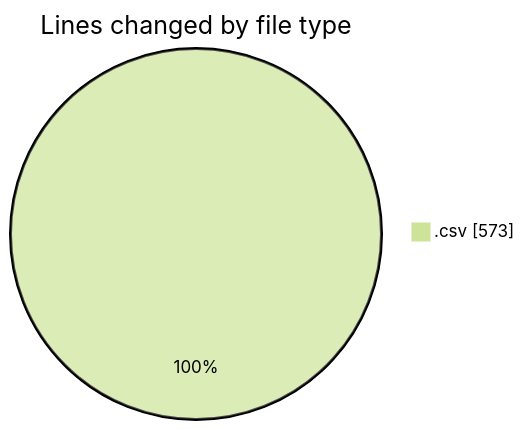
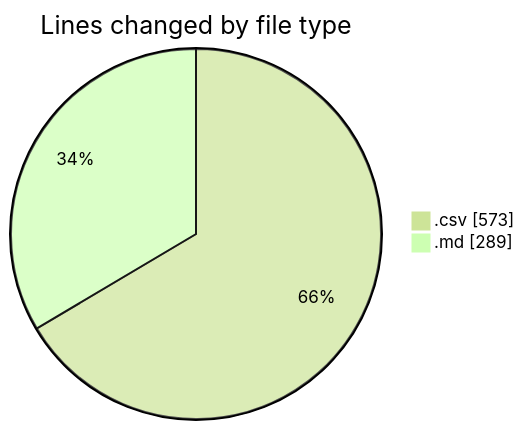
Before and after one commit to EIIisD/code-tracking: the first of 2 diagrams in 2025-08-11/transactions-new/README.md, drawn with Mermaid (forest theme). The commit also changed other lines of this file and 1 other file, not shown here.

````diff
--- a/2025-08-11/transactions-new/README.md
+++ b/2025-08-11/transactions-new/README.md
@@ -23,5 +24,6 @@
 ```mermaid
 pie showData
 title Lines changed by file type
 ".csv" : 573
+".md" : 289
 ```
````
